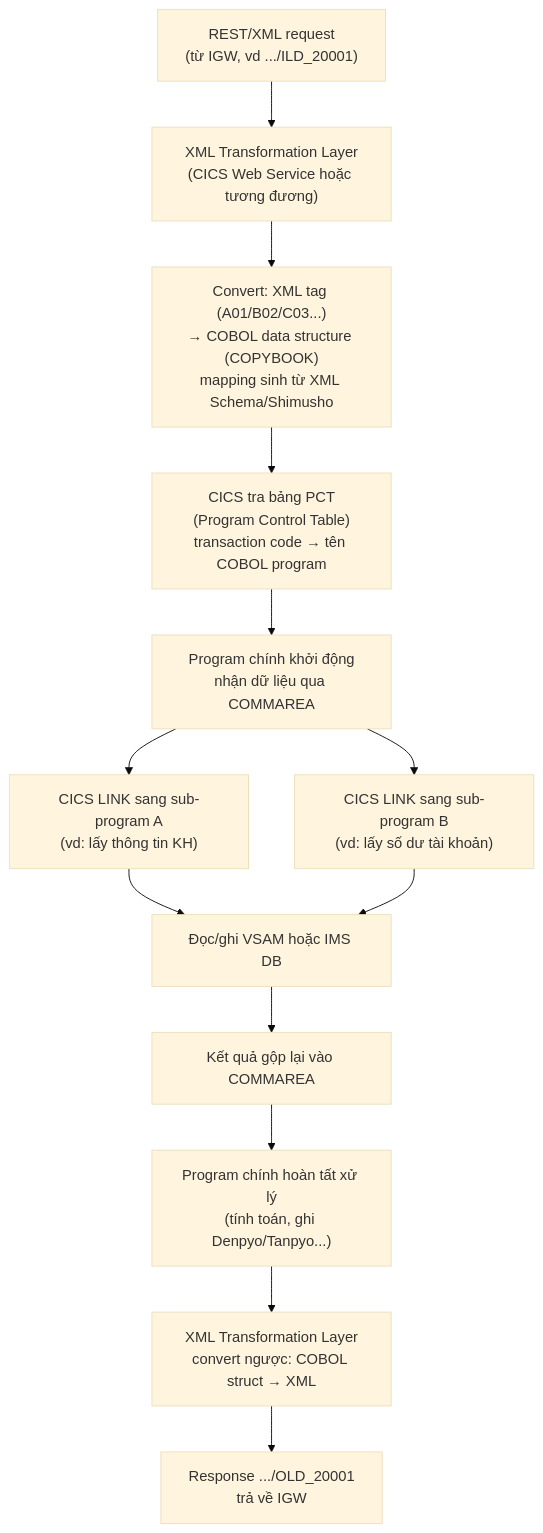
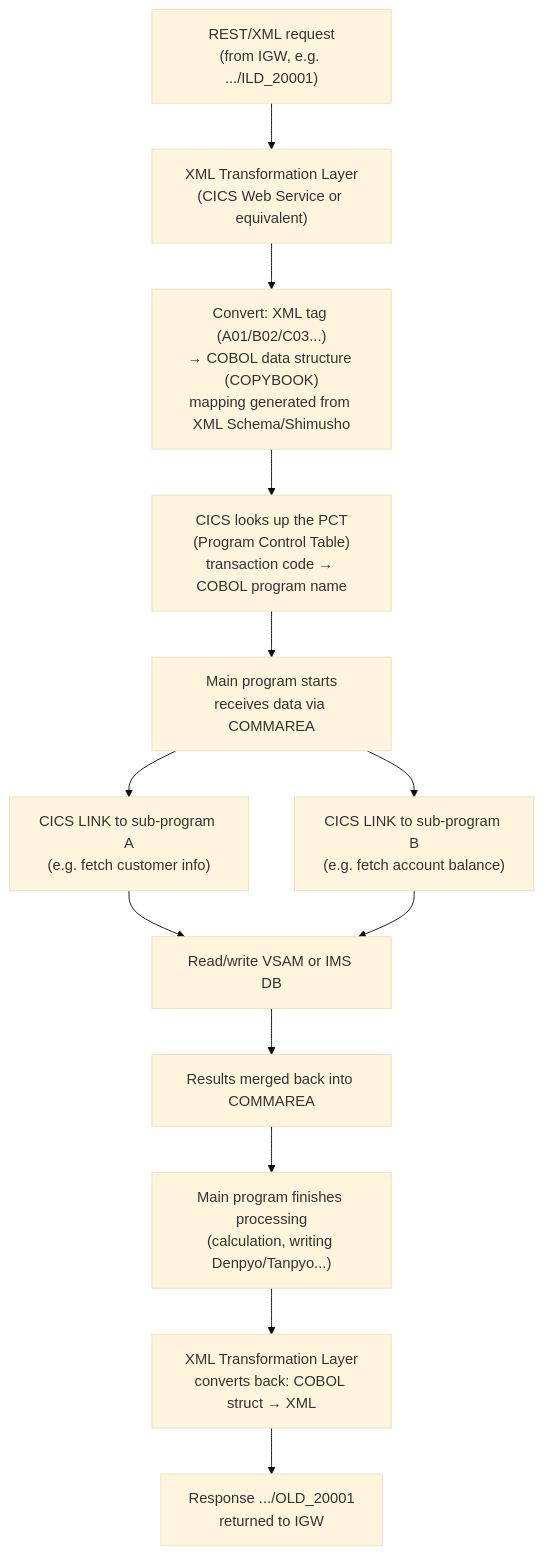
One commit to vkhoa1610/FX-Settlement-Platform changed the second of 2 diagrams in docs/de/05-core-banking-accounting.md. Above: the diagram before and after it, drawn with Mermaid (base theme). The commit also changed other lines of this file and 19 other files, not shown here.

````diff
--- a/docs/de/05-core-banking-accounting.md
+++ b/docs/de/05-core-banking-accounting.md
@@ -281,15 +281,15 @@
 ```mermaid
 flowchart TD
-    A["REST/XML request<br/>(từ IGW, vd .../ILD_20001)"] --> B["XML Transformation Layer<br/>(CICS Web Service hoặc tương đương)"]
-    B --> C["Convert: XML tag (A01/B02/C03...)<br/>→ COBOL data structure (COPYBOOK)<br/>mapping sinh từ XML Schema/Shimusho"]
-    C --> D["CICS tra bảng PCT<br/>(Program Control Table)<br/>transaction code → tên COBOL program"]
-    D --> E["Program chính khởi động<br/>nhận dữ liệu qua COMMAREA"]
-    E --> F["CICS LINK sang sub-program A<br/>(vd: lấy thông tin KH)"]
-    E --> G["CICS LINK sang sub-program B<br/>(vd: lấy số dư tài khoản)"]
-    F --> H["Đọc/ghi VSAM hoặc IMS DB"]
+    A["REST/XML request<br/>(from IGW, e.g. .../ILD_20001)"] --> B["XML Transformation Layer<br/>(CICS Web Service or equivalent)"]
+    B --> C["Convert: XML tag (A01/B02/C03...)<br/>→ COBOL data structure (COPYBOOK)<br/>mapping generated from XML Schema/Shimusho"]
+    C --> D["CICS looks up the PCT<br/>(Program Control Table)<br/>transaction code → COBOL program name"]
+    D --> E["Main program starts<br/>receives data via COMMAREA"]
+    E --> F["CICS LINK to sub-program A<br/>(e.g. fetch customer info)"]
+    E --> G["CICS LINK to sub-program B<br/>(e.g. fetch account balance)"]
+    F --> H["Read/write VSAM or IMS DB"]
     G --> H
-    H --> I["Kết quả gộp lại vào COMMAREA"]
-    I --> J["Program chính hoàn tất xử lý<br/>(tính toán, ghi Denpyo/Tanpyo...)"]
-    J --> K["XML Transformation Layer<br/>convert ngược: COBOL struct → XML"]
-    K --> L["Response .../OLD_20001<br/>trả về IGW"]
+    H --> I["Results merged back into COMMAREA"]
+    I --> J["Main program finishes processing<br/>(calculation, writing Denpyo/Tanpyo...)"]
+    J --> K["XML Transformation Layer<br/>converts back: COBOL struct → XML"]
+    K --> L["Response .../OLD_20001<br/>returned to IGW"]
 ```
````
